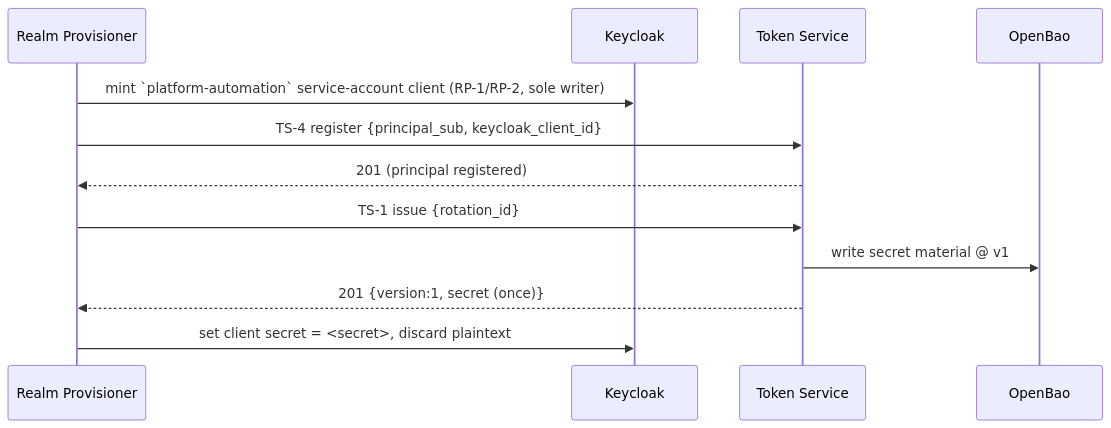
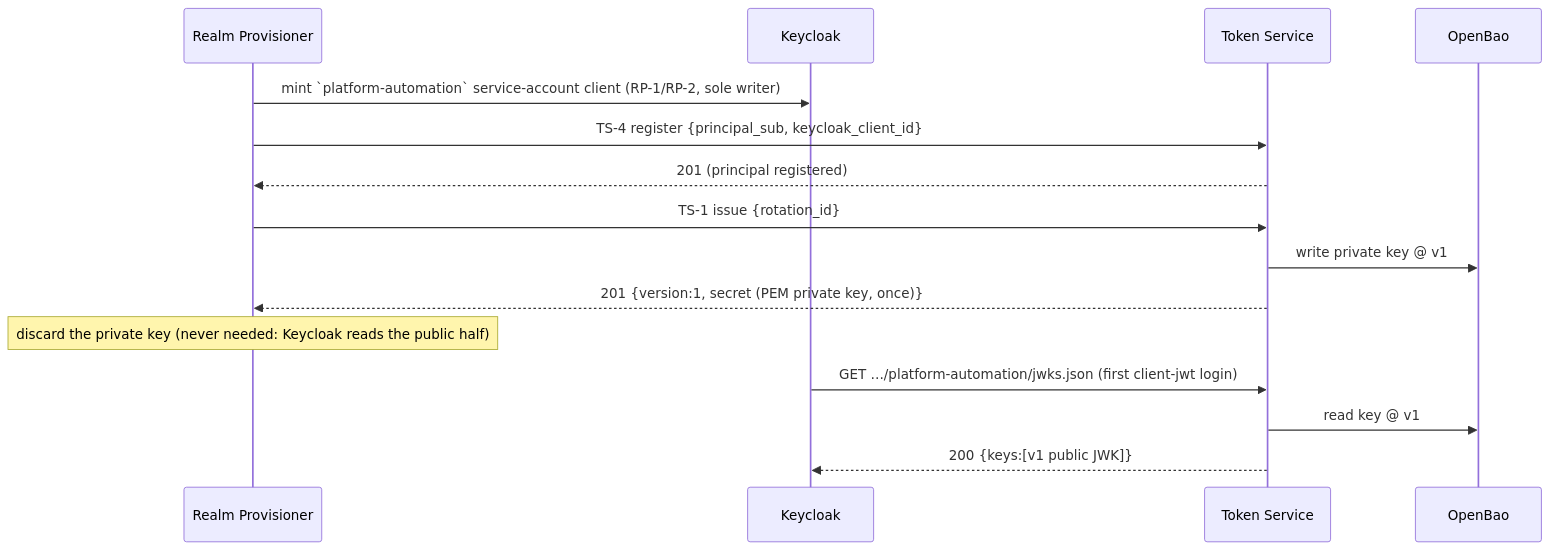
One commit to BCBP-SOLUTIONS-FZC-LLC/iam-token-service changed the third of 4 diagrams in docs/lld/iam-lld-token-service.md. Above: the diagram before and after it, drawn with Mermaid. The commit also changed other lines of this file and 234 other files, not shown here.

````diff
--- a/docs/lld/iam-lld-token-service.md
+++ b/docs/lld/iam-lld-token-service.md
@@ -1001,14 +1144,17 @@
 ```mermaid
 sequenceDiagram
     participant RP as Realm Provisioner
     participant KC as Keycloak
     participant TS as Token Service
     participant OB as OpenBao
     RP->>KC: mint `platform-automation` service-account client (RP-1/RP-2, sole writer)
     RP->>TS: TS-4 register {principal_sub, keycloak_client_id}
     TS-->>RP: 201 (principal registered)
     RP->>TS: TS-1 issue {rotation_id}
-    TS->>OB: write secret material @ v1
-    TS-->>RP: 201 {version:1, secret (once)}
-    RP->>KC: set client secret = <secret>, discard plaintext
+    TS->>OB: write private key @ v1
+    TS-->>RP: 201 {version:1, secret (PEM private key, once)}
+    Note over RP: discard the private key (never needed: Keycloak reads the public half)
+    KC->>TS: GET …/platform-automation/jwks.json (first client-jwt login)
+    TS->>OB: read key @ v1
+    TS-->>KC: 200 {keys:[v1 public JWK]}
 ```
````
